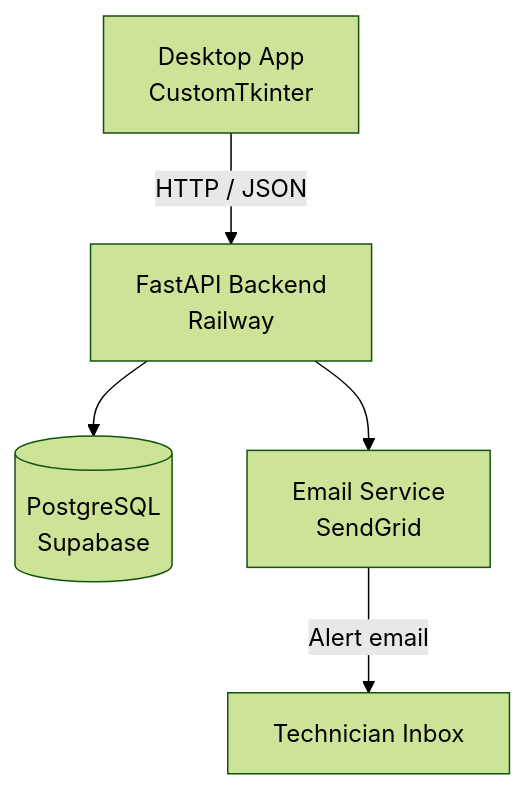
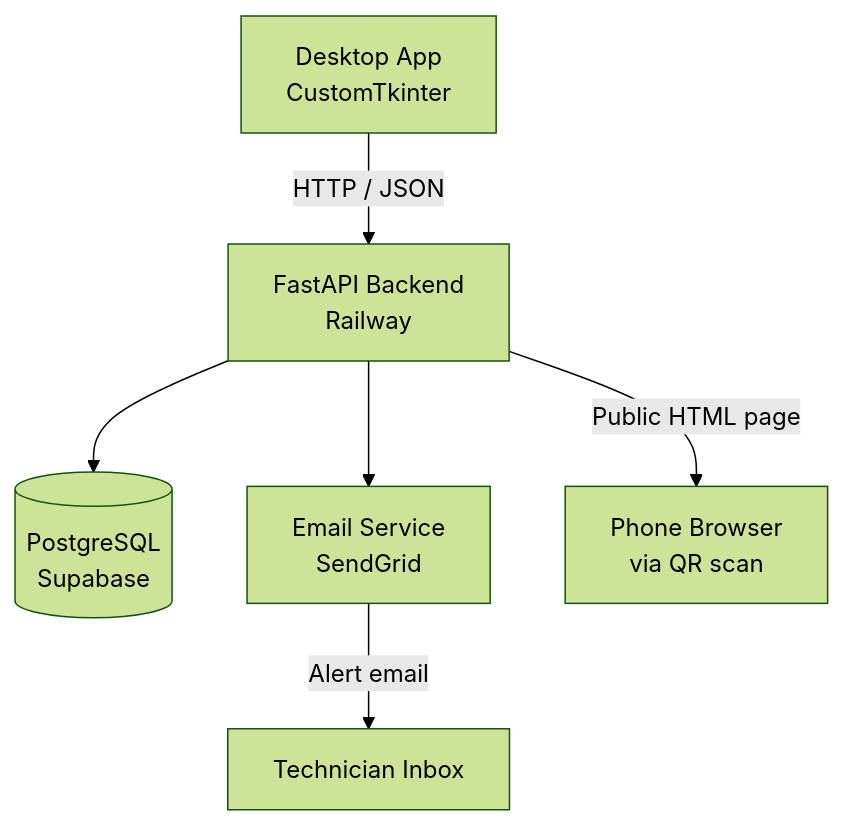
The diagram in README.md (Otaibi47/FieldLog), drawn with Mermaid (forest theme) before and after one commit. The commit also changed other lines of this file, not shown here.

````diff
--- a/README.md
+++ b/README.md
@@ -11,7 +29,8 @@
 ```mermaid
 graph TD
     A[Desktop App\nCustomTkinter] -->|HTTP / JSON| B[FastAPI Backend\nRailway]
     B --> C[(PostgreSQL\nSupabase)]
     B --> D[Email Service\nSendGrid]
-    D -->|Alert email| E[Technician Inbox]
+    B -->|Public HTML page| E[Phone Browser\nvia QR scan]
+    D -->|Alert email| F[Technician Inbox]
 ```
````
